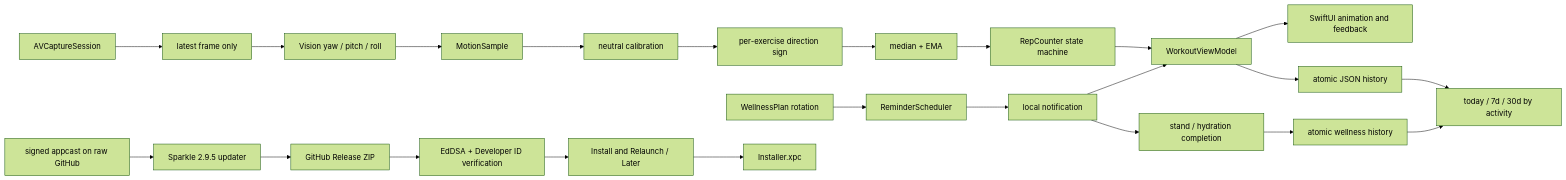
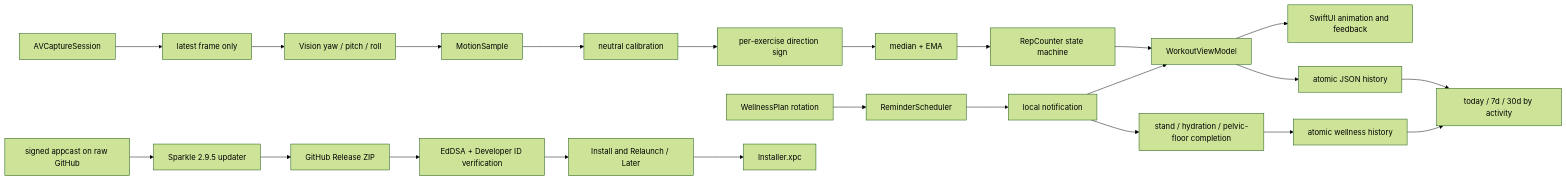
One commit to EigenLogic/MellowDesk changed the first of 2 diagrams in docs/TECHNICAL_DESIGN.md. Above: the diagram before and after it, drawn with Mermaid (forest theme). The commit also changed other lines of this file and 25 other files, not shown here.

Commit message:
Add pelvic-floor practice to wellness schedule (#14)

````diff
--- a/docs/TECHNICAL_DESIGN.md
+++ b/docs/TECHNICAL_DESIGN.md
@@ -16,25 +16,25 @@
 ```mermaid
 flowchart LR
   Camera["AVCaptureSession"] --> Frame["latest frame only"]
   Frame --> Vision["Vision yaw / pitch / roll"]
   Vision --> Sample["MotionSample"]
   Sample --> Calibration["neutral calibration"]
   Calibration --> Direction["per-exercise direction sign"]
   Direction --> Filter["median + EMA"]
   Filter --> Counter["RepCounter state machine"]
   Counter --> Workout["WorkoutViewModel"]
   Workout --> UI["SwiftUI animation and feedback"]
   Workout --> History["atomic JSON history"]
-  Quick["stand / hydration completion"] --> ActivityHistory["atomic wellness history"]
+  Quick["stand / hydration / pelvic-floor completion"] --> ActivityHistory["atomic wellness history"]
   History --> Dashboard["today / 7d / 30d by activity"]
   ActivityHistory --> Dashboard
   Reminder["ReminderScheduler"] --> Notification["local notification"]
   Plan["WellnessPlan rotation"] --> Reminder
   Notification --> Quick
   Notification --> Workout
   Appcast["signed appcast on raw GitHub"] --> Sparkle["Sparkle 2.9.5 updater"]
   Sparkle --> Archive["GitHub Release ZIP"]
   Archive --> Verify["EdDSA + Developer ID verification"]
   Verify --> Ready["Install and Relaunch / Later"]
   Ready --> Install["Installer.xpc"]
 ```
````
